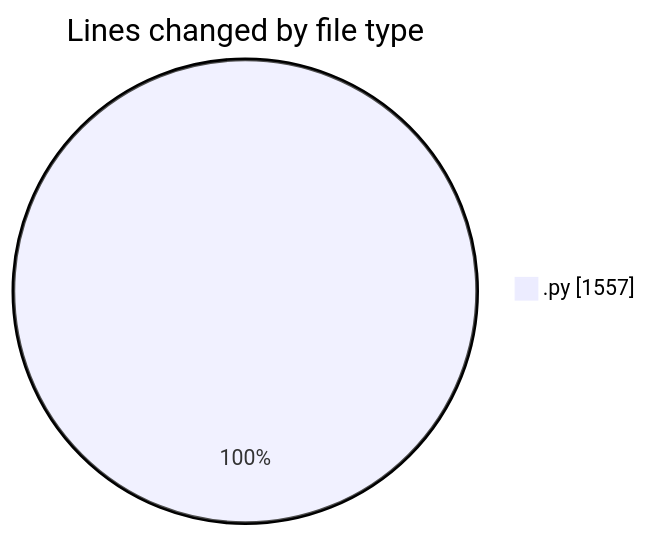
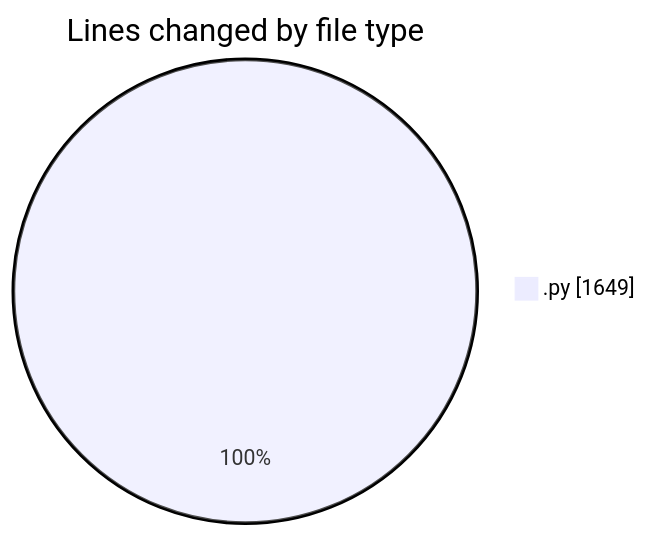
One commit to Ritupan-Deka/code-tracking changed the first of 2 diagrams in 2025-06-29/whiteboard/README.md. Above: the diagram before and after it, drawn with Mermaid. The commit also changed other lines of this file and 1 other file, not shown here.

````diff
--- a/2025-06-29/whiteboard/README.md
+++ b/2025-06-29/whiteboard/README.md
@@ -23,5 +23,5 @@
 ```mermaid
 pie showData
 title Lines changed by file type
-".py" : 1557
+".py" : 1649
 ```
````
